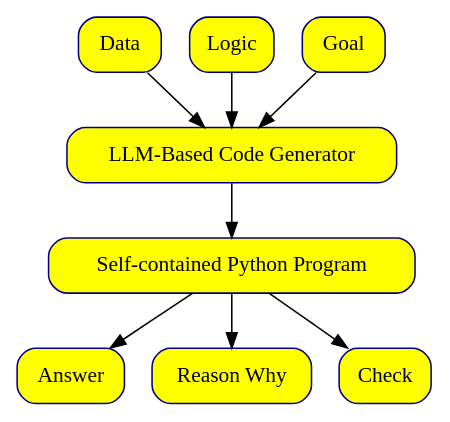
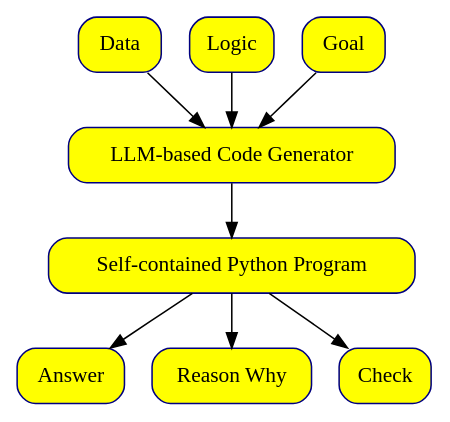
The diagram in teaching/images/EYE-teaching.dot (eyereasoner/eye), drawn with Graphviz before and after one commit. The commit also changed 1 other file, not shown here.

```diff
--- a/teaching/images/EYE-teaching.dot
+++ b/teaching/images/EYE-teaching.dot
@@ -1,18 +1,18 @@
 digraph {
 	bgcolor=white fontname=Helvetica rankdir=TB
 	Data [label=Data color=navy fillcolor=yellow shape=box style="rounded,filled"]
 	Logic [label=Logic color=navy fillcolor=yellow shape=box style="rounded,filled"]
 	Goal [label=Goal color=navy fillcolor=yellow shape=box style="rounded,filled"]
-	LLM [label="LLM-Based Code Generator" color=navy fillcolor=yellow shape=box style="rounded,filled"]
+	LLM [label="LLM-based Code Generator" color=navy fillcolor=yellow shape=box style="rounded,filled"]
 	Python [label="Self-contained Python Program" color=navy fillcolor=yellow shape=box style="rounded,filled"]
 	Answer [label=Answer color=navy fillcolor=yellow shape=box style="rounded,filled"]
 	Python -> Answer
 	Reason [label="Reason Why" color=navy fillcolor=yellow shape=box style="rounded,filled"]
 	Python -> Reason
 	Check [label=Check color=navy fillcolor=yellow shape=box style="rounded,filled"]
 	Python -> Check
 	Data -> LLM
 	Logic -> LLM
 	Goal -> LLM
 	LLM -> Python
 }
```
